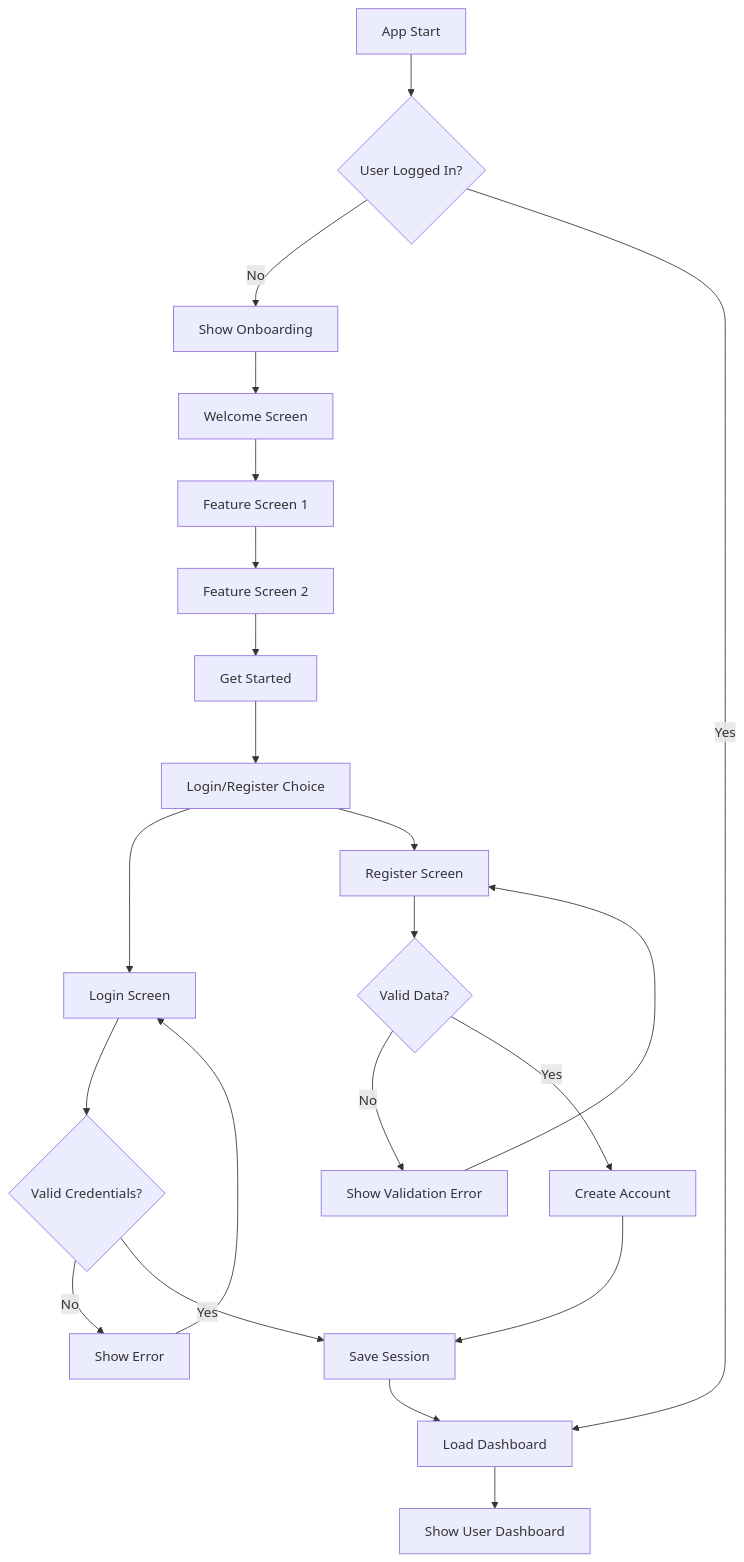
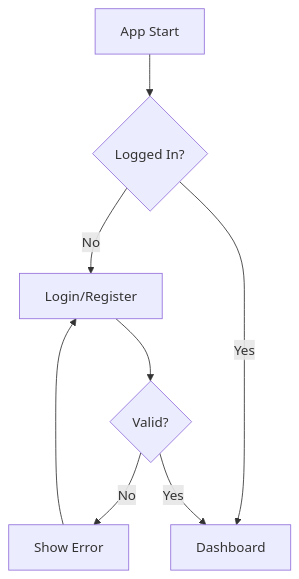
The first of 5 diagrams in workflow.md (stefanus-ronald/proker), drawn with Mermaid before and after one commit. The commit also changed other lines of this file and 21 other files, not shown here.

````diff
--- a/workflow.md
+++ b/workflow.md
@@ -5,29 +8,11 @@
 ```mermaid
 flowchart TD
-    A[App Start] --> B{User Logged In?}
-    B -->|No| C[Show Onboarding]
-    B -->|Yes| D[Load Dashboard]
+    A[App Start] --> B{Logged In?}
+    B -->|No| C[Login/Register]
+    B -->|Yes| D[Dashboard]
     
-    C --> E[Welcome Screen]
-    E --> F[Feature Screen 1]
-    F --> G[Feature Screen 2]
-    G --> H[Get Started]
-    H --> I[Login/Register Choice]
-    
-    I --> J[Login Screen]
-    I --> K[Register Screen]
-    
-    J --> L{Valid Credentials?}
-    L -->|No| M[Show Error]
-    M --> J
-    L -->|Yes| N[Save Session]
-    N --> D
-    
-    K --> O{Valid Data?}
-    O -->|No| P[Show Validation Error]
-    P --> K
-    O -->|Yes| Q[Create Account]
-    Q --> N
-    
-    D --> R[Show User Dashboard]
+    C --> E{Valid?}
+    E -->|No| F[Show Error]
+    F --> C
+    E -->|Yes| D
 ```
````
